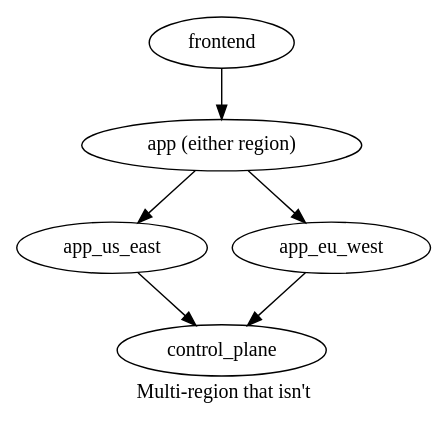
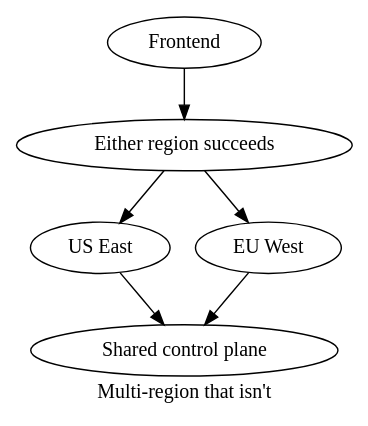
The diagram in scenarios/multi_region.dot (bayneri/nines), drawn with Graphviz before and after one commit. The commit also changed 25 other files, not shown here.

First line of the commit message:
Revamp the UI: Learn and Model modes, card graph, results pane

```diff
--- a/scenarios/multi_region.dot
+++ b/scenarios/multi_region.dot
@@ -1,17 +1,20 @@
 // Two regions look like independent redundancy, but both depend on one
 // control plane. Napkin math multiplies the regions' failure rates; the
 // shared control plane caps what the pair can deliver.
 digraph multi_region {
     graph [entry=frontend, label="Multi-region that isn't"];
 
     frontend -> app;
 
-    app [type=any, label="app (either region)"];
+    app [type=any, label="Either region succeeds"];
     app -> app_us_east [timeout_ms=300];
     app -> app_eu_west;
 
     app_us_east -> control_plane;
     app_eu_west -> control_plane;
 
-    control_plane [kind=infra];
+    frontend [icon=web, label="Frontend"];
+    app_us_east [label="US East"];
+    app_eu_west [label="EU West"];
+    control_plane [kind=infra, label="Shared control plane"];
 }
```
